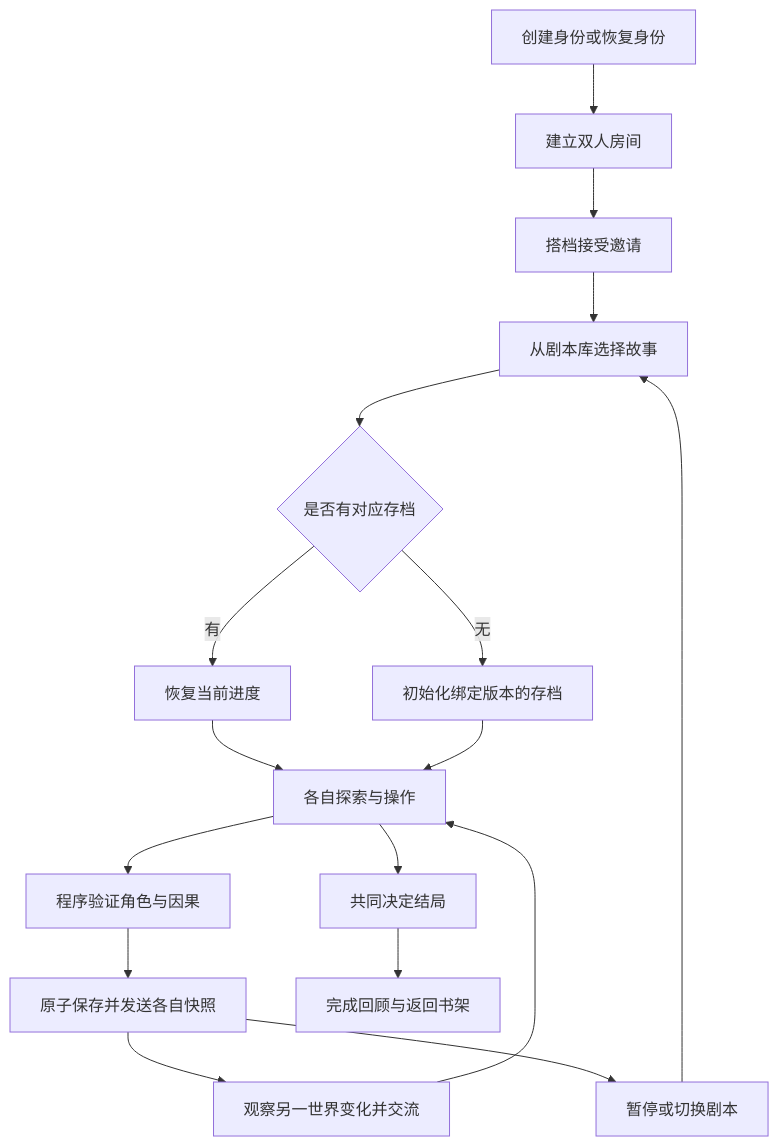
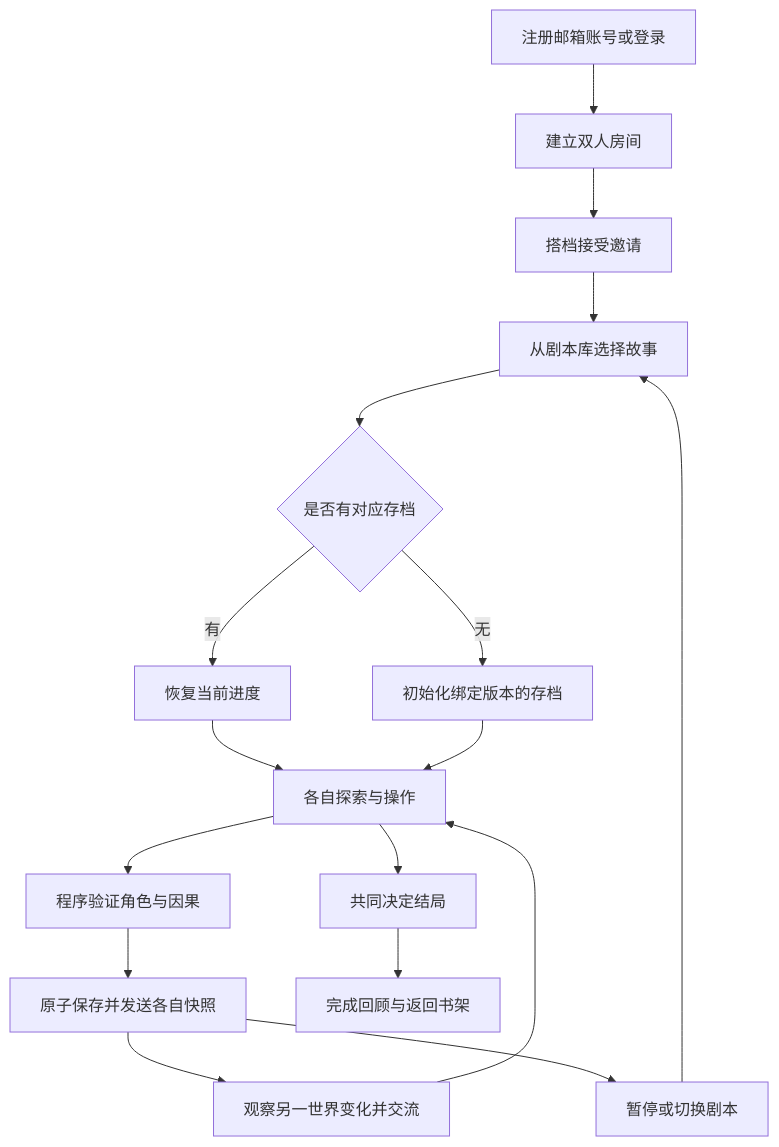
Before and after one commit to ajsjsjjbshshsj/two-worlds-agent-game: the diagram in README.md, drawn with Mermaid. The commit also changed other lines of this file and 8 other files, not shown here.

Commit message:
feat: clean up retired identity storage and verify product flows (T06.3.4)

````diff
--- a/README.md
+++ b/README.md
@@ -98,19 +98,19 @@
 ```mermaid
 flowchart TD
-    A[创建身份或恢复身份] --> B[建立双人房间]
+    A[注册邮箱账号或登录] --> B[建立双人房间]
     B --> C[搭档接受邀请]
     C --> D[从剧本库选择故事]
     D --> E{是否有对应存档}
     E -->|有| F[恢复当前进度]
     E -->|无| G[初始化绑定版本的存档]
     F --> H[各自探索与操作]
     G --> H
     H --> I[程序验证角色与因果]
     I --> J[原子保存并发送各自快照]
     J --> K[观察另一世界变化并交流]
     K --> H
     H --> L[共同决定结局]
     L --> M[完成回顾与返回书架]
     J --> N[暂停或切换剧本]
     N --> D
 ```
````
